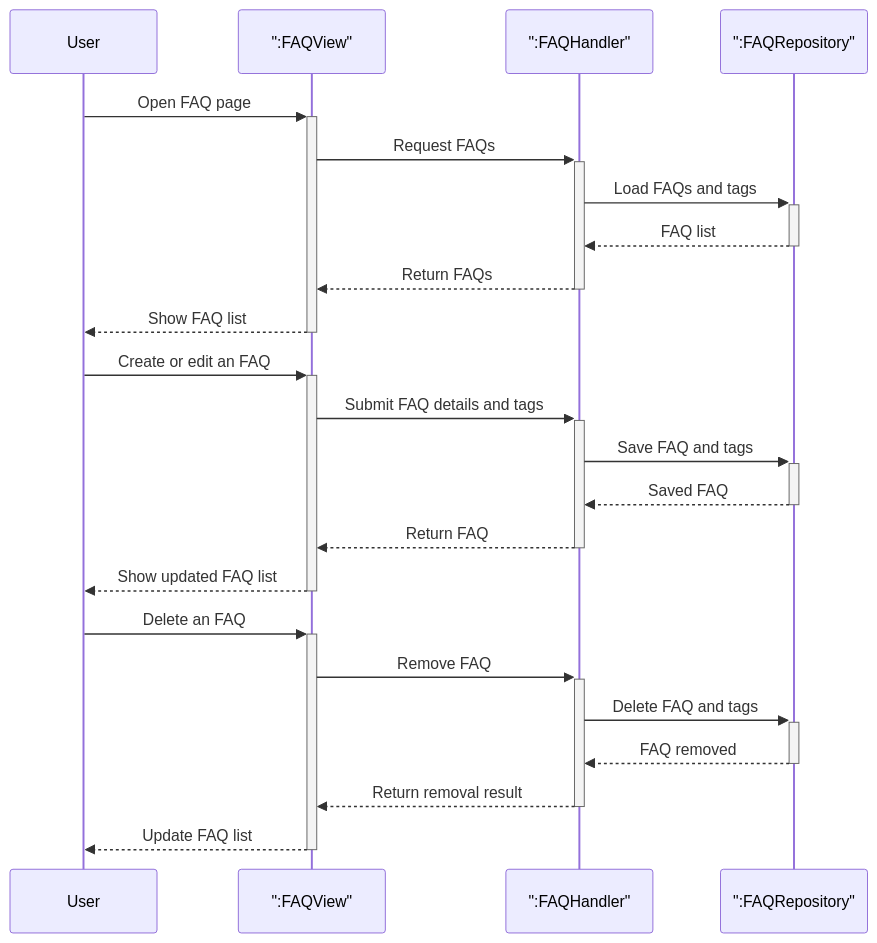
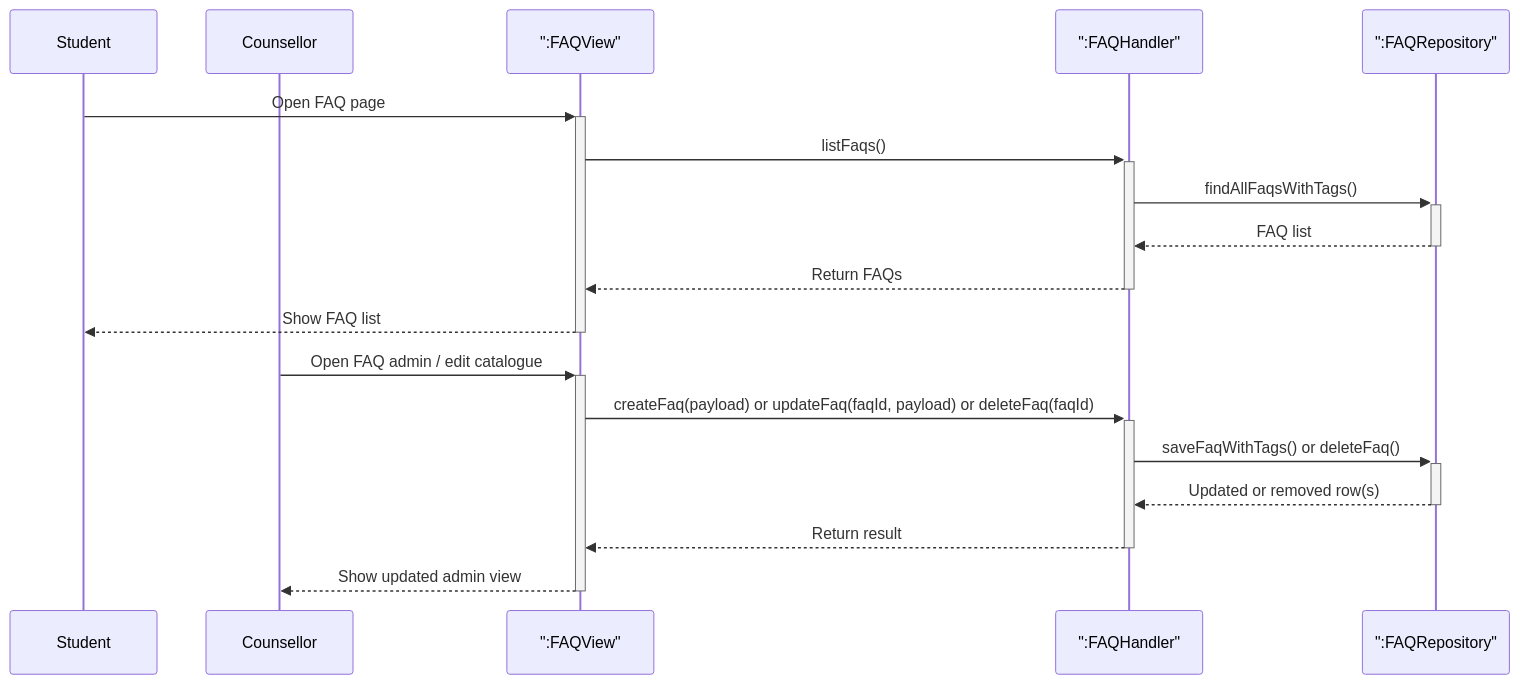
Before and after one commit to sandyleedev/student-mental-support-app: the diagram in docs/sequence-diagrams/feature-3-faq-lifecycle.md, drawn with Mermaid. The commit also changed other lines of this file and 11 other files, not shown here.

First line of the commit message:
Chore/bus 71 refine diagrams (#34)

````diff
--- a/docs/sequence-diagrams/feature-3-faq-lifecycle.md
+++ b/docs/sequence-diagrams/feature-3-faq-lifecycle.md
@@ -5,31 +5,22 @@
 ```mermaid
 sequenceDiagram
-    participant User
+    participant Student
+    participant Counsellor
     participant faqView as ":FAQView"
     participant faqHandler as ":FAQHandler"
     participant faqRepository as ":FAQRepository"
 
-    %% Flow 1 - Browse FAQs
-    User->>+faqView: Open FAQ page
-    faqView->>+faqHandler: Request FAQs
-    faqHandler->>+faqRepository: Load FAQs and tags
+    Student->>+faqView: Open FAQ page
+    faqView->>+faqHandler: listFaqs()
+    faqHandler->>+faqRepository: findAllFaqsWithTags()
     faqRepository-->>-faqHandler: FAQ list
     faqHandler-->>-faqView: Return FAQs
-    faqView-->>-User: Show FAQ list
+    faqView-->>-Student: Show FAQ list
 
-    %% Flow 2 - Create or update an FAQ
-    User->>+faqView: Create or edit an FAQ
-    faqView->>+faqHandler: Submit FAQ details and tags
-    faqHandler->>+faqRepository: Save FAQ and tags
-    faqRepository-->>-faqHandler: Saved FAQ
-    faqHandler-->>-faqView: Return FAQ
-    faqView-->>-User: Show updated FAQ list
-
-    %% Flow 3 - Remove an FAQ
-    User->>+faqView: Delete an FAQ
-    faqView->>+faqHandler: Remove FAQ
-    faqHandler->>+faqRepository: Delete FAQ and tags
-    faqRepository-->>-faqHandler: FAQ removed
-    faqHandler-->>-faqView: Return removal result
-    faqView-->>-User: Update FAQ list
+    Counsellor->>+faqView: Open FAQ admin / edit catalogue
+    faqView->>+faqHandler: createFaq(payload) or updateFaq(faqId, payload) or deleteFaq(faqId)
+    faqHandler->>+faqRepository: saveFaqWithTags() or deleteFaq()
+    faqRepository-->>-faqHandler: Updated or removed row(s)
+    faqHandler-->>-faqView: Return result
+    faqView-->>-Counsellor: Show updated admin view
 ```
````
